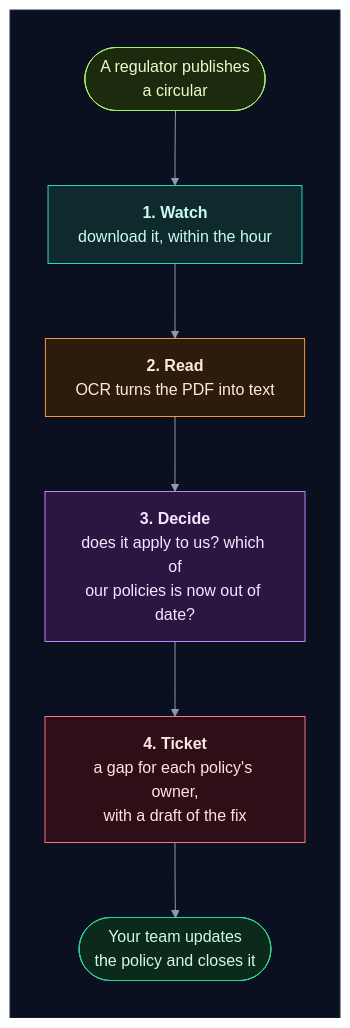
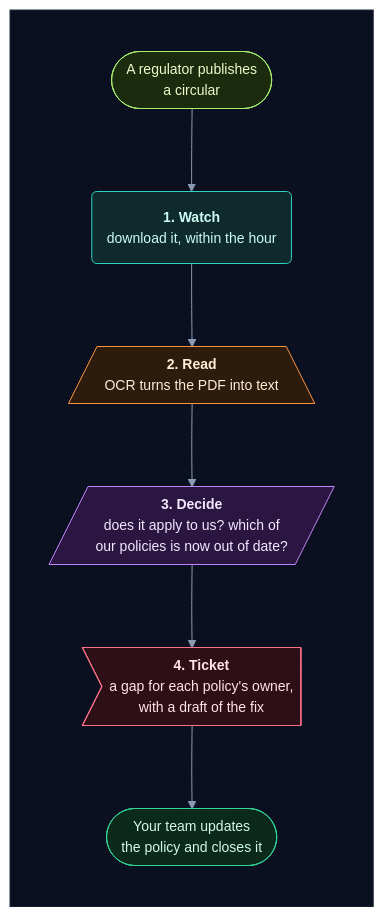
Before and after one commit to selvakumarperumal/Regulatory_Circular_Impact_Agent: the first of 57 diagrams in how_it_works.md, drawn with Mermaid. The commit also changed other lines of this file and 5 other files, not shown here.

Commit message:
Give the docs' flowcharts a shape per kind of part, more room and slightly smaller text

````diff
--- a/how_it_works.md
+++ b/how_it_works.md
@@ -62,29 +62,29 @@
 ```mermaid
-%%{init: {"theme": "base", "flowchart": {"diagramPadding": 0}, "themeVariables": {"darkMode": true, "primaryColor": "#16213a", "primaryTextColor": "#e6edf7", "primaryBorderColor": "#475a7a", "lineColor": "#8b9bb4", "secondaryColor": "#1b2436", "tertiaryColor": "#101a2e", "edgeLabelBackground": "#0f172a", "textColor": "#e2e8f0", "clusterBkg": "#0f1728", "clusterBorder": "#2b3a55", "titleColor": "#c4b5fd", "nodeTextColor": "#e6edf7"}}}%%
+%%{init: {"theme": "base", "flowchart": {"diagramPadding": 0, "nodeSpacing": 58, "rankSpacing": 58, "curve": "basis"}, "themeVariables": {"fontSize": "14px", "darkMode": true, "primaryColor": "#16213a", "primaryTextColor": "#e6edf7", "primaryBorderColor": "#475a7a", "lineColor": "#8b9bb4", "secondaryColor": "#1b2436", "tertiaryColor": "#101a2e", "edgeLabelBackground": "#0f172a", "textColor": "#e2e8f0", "clusterBkg": "#0f1728", "clusterBorder": "#2b3a55", "titleColor": "#c4b5fd", "nodeTextColor": "#e6edf7"}}}%%
 flowchart TD
     subgraph canvas[" "]
         direction TB
-        a(["A regulator publishes<br/>a circular"]) --> w["<b>1. Watch</b><br/>download it, within the hour"]
-        w --> r["<b>2. Read</b><br/>OCR turns the PDF into text"]
-        r --> d["<b>3. Decide</b><br/>does it apply to us? which of<br/>our policies is now out of date?"]
-        d --> t["<b>4. Ticket</b><br/>a gap for each policy's owner,<br/>with a draft of the fix"]
+        a(["A regulator publishes<br/>a circular"]) --> w("<b>1. Watch</b><br/>download it, within the hour")
+        w --> r[/"<b>2. Read</b><br/>OCR turns the PDF into text"\]
+        r --> d[/"<b>3. Decide</b><br/>does it apply to us? which of<br/>our policies is now out of date?"/]
+        d --> t>"<b>4. Ticket</b><br/>a gap for each policy's owner,<br/>with a draft of the fix"]
         t --> p(["Your team updates<br/>the policy and closes it"])
     end
     classDef svc fill:#0e2a2c,stroke:#2dd4bf,color:#ccfbf1
     classDef data fill:#1c1a47,stroke:#818cf8,color:#e0e7ff
     classDef ext fill:#2a1640,stroke:#c084fc,color:#f3e8ff
     classDef gpu fill:#2d1b0c,stroke:#fb923c,color:#ffedd5
     classDef ask fill:#2a2410,stroke:#fbbf24,color:#fef3c7
     classDef ok fill:#0b2a1c,stroke:#34d399,color:#d1fae5
     classDef bad fill:#2e0f17,stroke:#fb7185,color:#ffe4e6
     classDef start fill:#1c2a0e,stroke:#a7ef6f,color:#ecfccb
     classDef muted fill:#1a2130,stroke:#64748b,color:#cbd5e1
     classDef queue fill:#0c2231,stroke:#38bdf8,color:#e0f2fe
     class a start
     class w svc
     class r gpu
     class d ext
     class t bad
     class p ok
     style canvas fill:#0b1020,stroke:#1e293b,color:#0b1020
 ```
````
